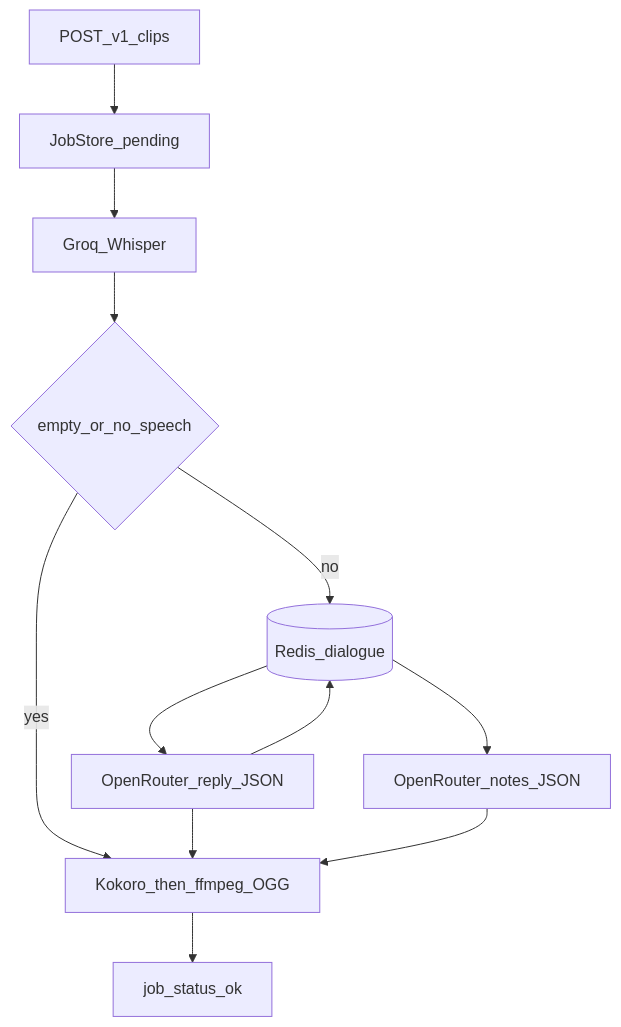
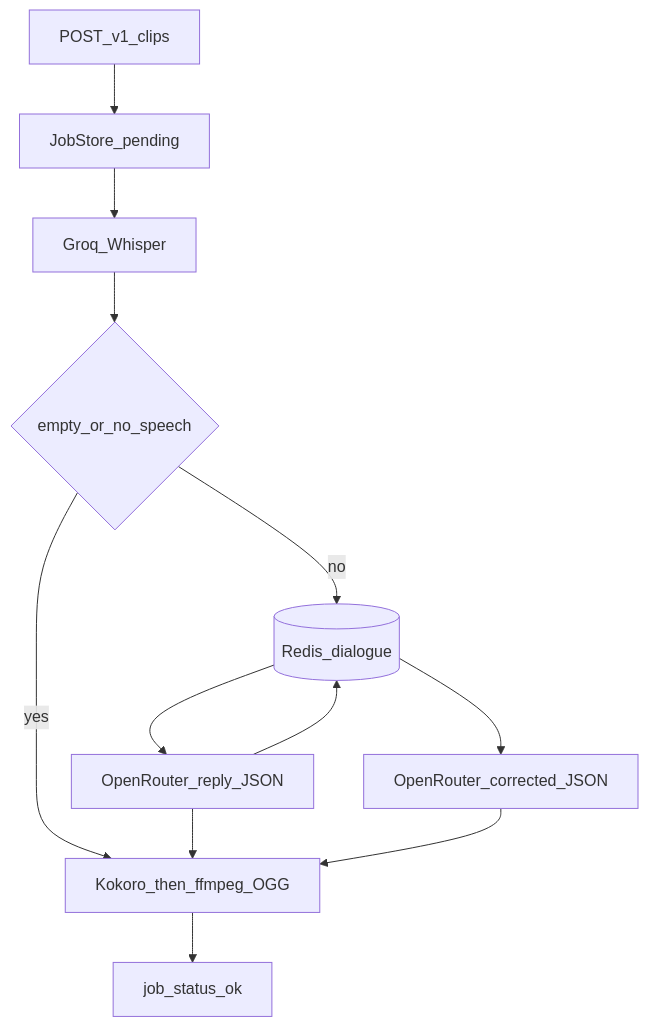
Before and after one commit to greenblat17/1billion-dollar-startup: the third of 4 diagrams in ai_docs/architecture.md, drawn with Mermaid. The commit also changed other lines of this file and 11 other files, not shown here.

````diff
--- a/ai_docs/architecture.md
+++ b/ai_docs/architecture.md
@@ -87,22 +88,22 @@
 ```mermaid
 flowchart TD
   clip[POST_v1_clips]
   job[JobStore_pending]
   stt[Groq_Whisper]
   clarify{empty_or_no_speech}
   reply[OpenRouter_reply_JSON]
-  notes[OpenRouter_notes_JSON]
+  rewrite[OpenRouter_corrected_JSON]
   tts[Kokoro_then_ffmpeg_OGG]
   redis[(Redis_dialogue)]
   ok[job_status_ok]
 
   clip --> job --> stt --> clarify
   clarify -->|yes| tts
   clarify -->|no| redis
   redis --> reply
-  redis --> notes
+  redis --> rewrite
   reply --> redis
   reply --> tts
-  notes --> tts
+  rewrite --> tts
   tts --> ok
 ```
````
